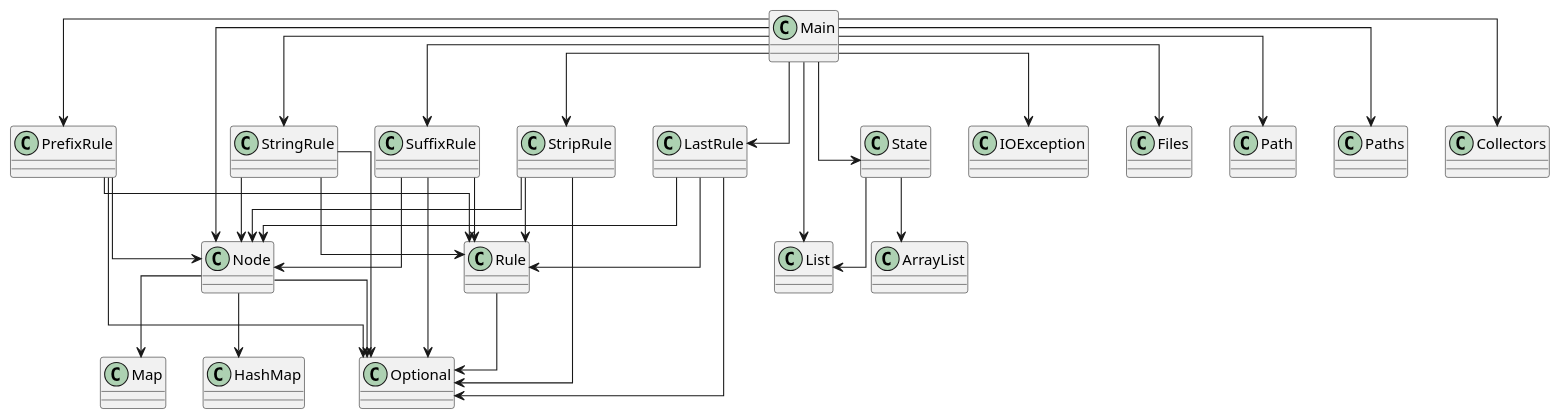
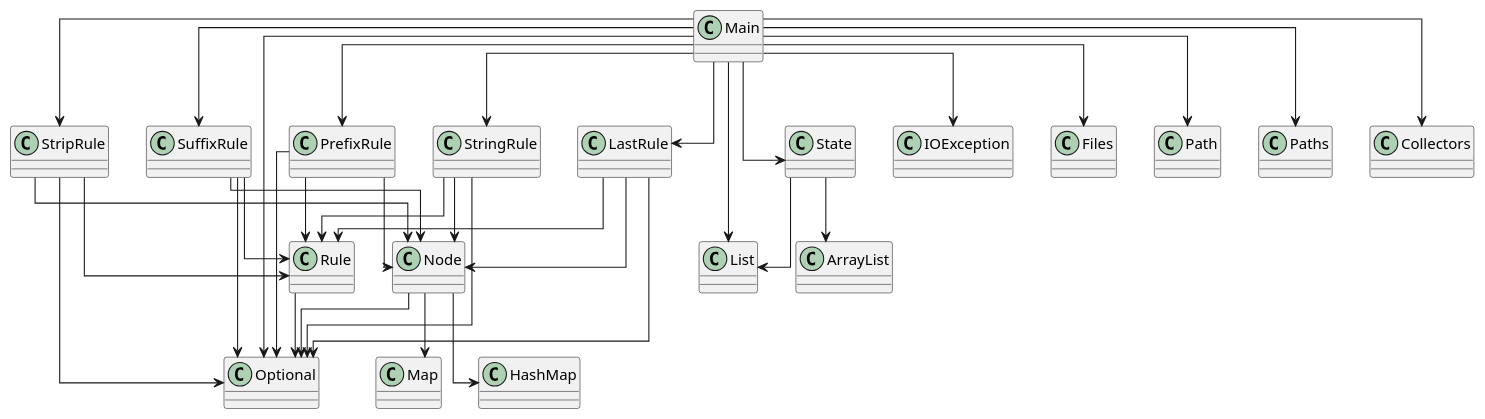
The diagram in diagram.puml (SirMathhman/Magma), drawn with PlantUML before and after one commit. The commit also changed 1 other file, not shown here.

```diff
--- a/diagram.puml
+++ b/diagram.puml
@@ -1,46 +1,46 @@
 @startuml
 skinparam linetype ortho
+class Node
 Node --> HashMap
 Node --> Map
 Node --> Optional
-class Node
+class SuffixRule
 SuffixRule --> Node
 SuffixRule --> Rule
 SuffixRule --> Optional
-class SuffixRule
+class Rule
 Rule --> Optional
-class Rule
+class StripRule
 StripRule --> Node
 StripRule --> Rule
 StripRule --> Optional
-class StripRule
+class LastRule
 LastRule --> Node
 LastRule --> Rule
 LastRule --> Optional
-class LastRule
-Main --> Node
+class Main
 Main --> State
 Main --> LastRule
 Main --> PrefixRule
 Main --> StringRule
 Main --> StripRule
 Main --> SuffixRule
 Main --> IOException
 Main --> Files
 Main --> Path
 Main --> Paths
 Main --> List
+Main --> Optional
 Main --> Collectors
-class Main
+class PrefixRule
 PrefixRule --> Node
 PrefixRule --> Rule
 PrefixRule --> Optional
-class PrefixRule
+class StringRule
 StringRule --> Node
 StringRule --> Rule
 StringRule --> Optional
-class StringRule
+class State
 State --> ArrayList
 State --> List
-class State
 @enduml
```
